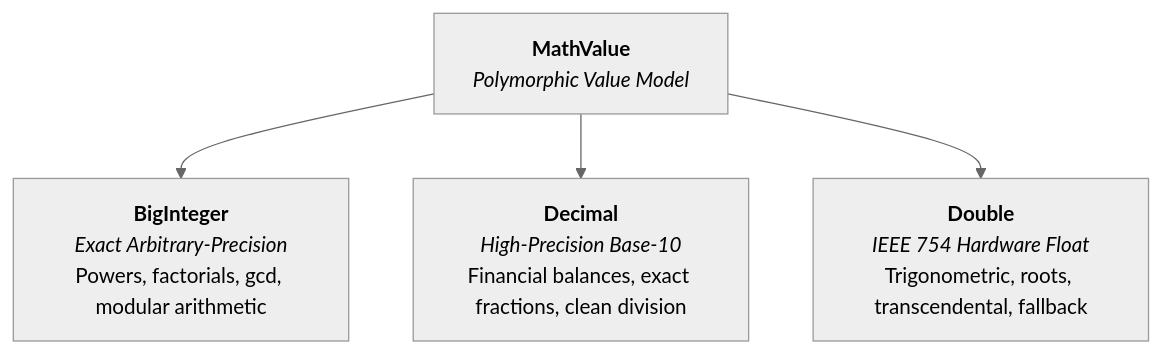
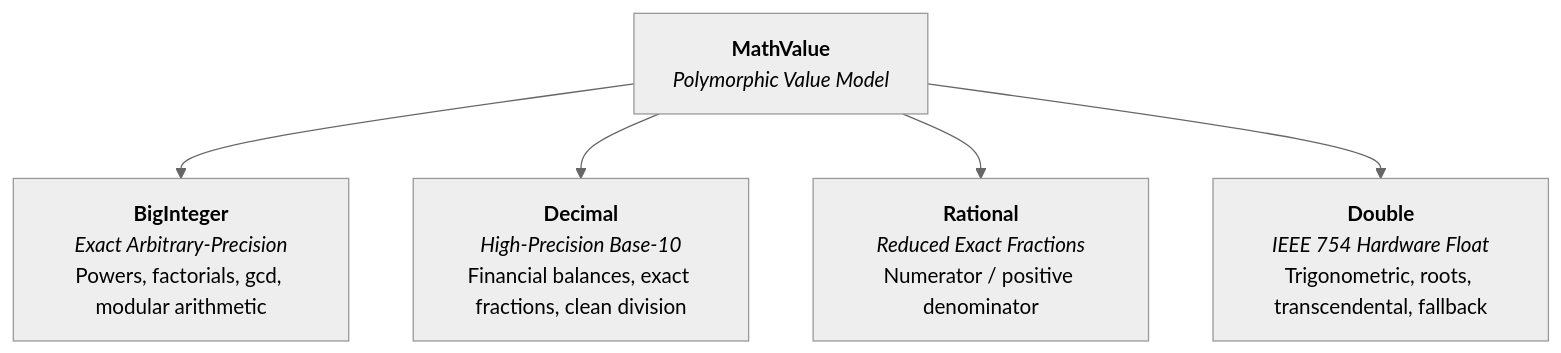
The first of 2 diagrams in docs/architecture.md (daverayment/Numera), drawn with Mermaid (neutral theme) before and after one commit. The commit also changed other lines of this file and 50 other files, not shown here.

First line of the commit message:
Add exact rational evaluation and bounded numeric formatting

````diff
--- a/docs/architecture.md
+++ b/docs/architecture.md
@@ -17,8 +17,9 @@
 ```mermaid
 flowchart TD
 	MV["<b>MathValue</b><br/><i>Polymorphic Value Model</i>"]
 
 	MV --> BI["<b>BigInteger</b><br/><i>Exact Arbitrary-Precision</i><br/>Powers, factorials, gcd, modular arithmetic"]
 	MV --> DEC["<b>Decimal</b><br/><i>High-Precision Base-10</i><br/>Financial balances, exact fractions, clean division"]
+	MV --> RAT["<b>Rational</b><br/><i>Reduced Exact Fractions</i><br/>Numerator / positive denominator"]
 	MV --> DBL["<b>Double</b><br/><i>IEEE 754 Hardware Float</i><br/>Trigonometric, roots, transcendental, fallback"]
 ```
````
